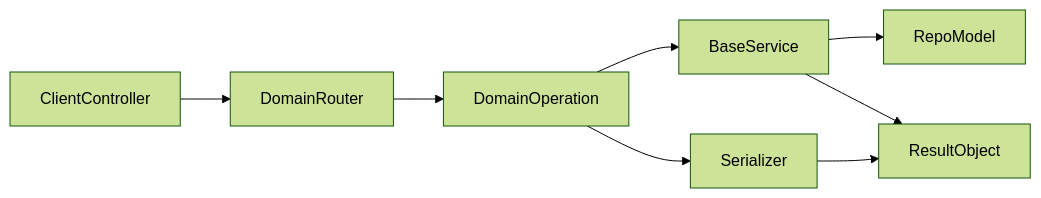
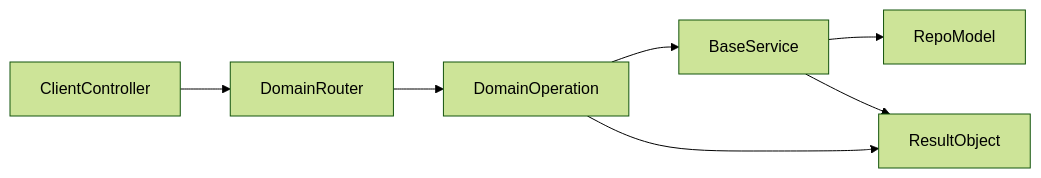
One commit to samaswin/railsmith changed the diagram in all-in-one_service_gem_d97577de.plan.md. Above: the diagram before and after it, drawn with Mermaid (forest theme). The commit also changed other lines of this file and 21 other files, not shown here.

````diff
--- a/all-in-one_service_gem_d97577de.plan.md
+++ b/all-in-one_service_gem_d97577de.plan.md
@@ -133,10 +131,9 @@
 ```mermaid
 flowchart LR
   Client[ClientController] --> DomainRouter
   DomainRouter --> DomainOperation
   DomainOperation --> BaseService
   BaseService --> RepoModel
-  DomainOperation --> Serializer
   BaseService --> ResultObject
-  Serializer --> ResultObject
+  DomainOperation --> ResultObject
 ```
````
